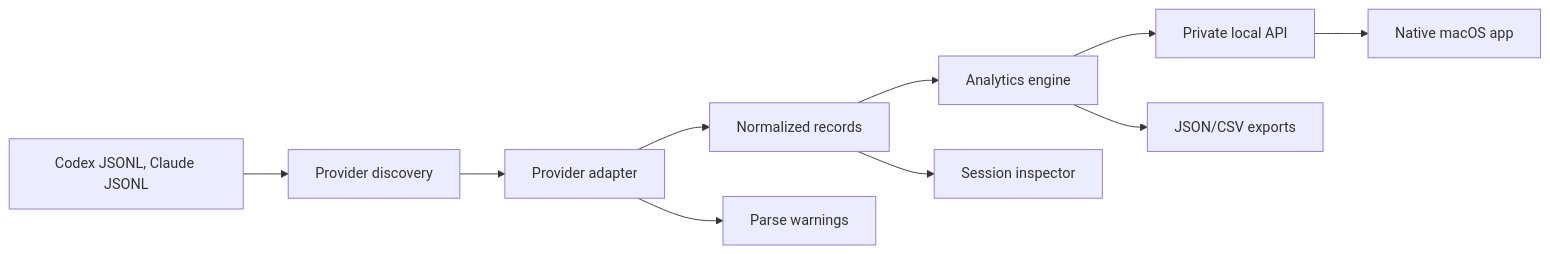
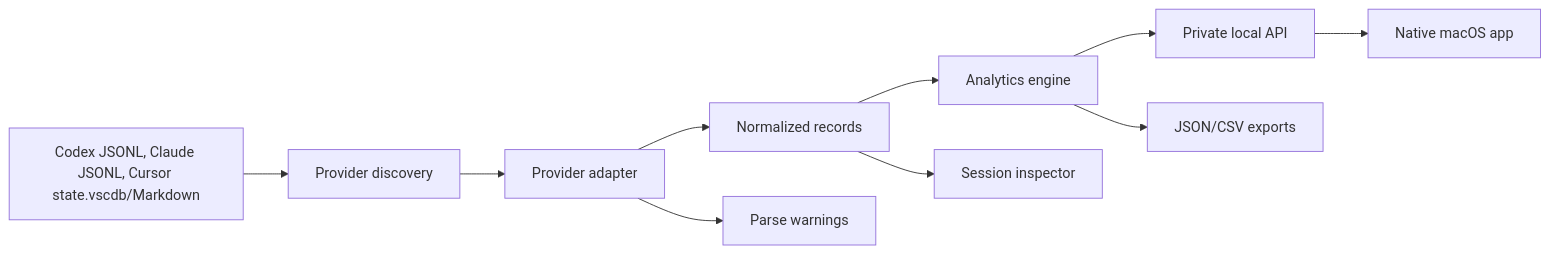
One commit to crispierry/codex-log-viewer changed the diagram in docs/architecture.md. Above: the diagram before and after it, drawn with Mermaid. The commit also changed other lines of this file and 32 other files, not shown here.

First line of the commit message:
Add Cursor provider support

````diff
--- a/docs/architecture.md
+++ b/docs/architecture.md
@@ -33,12 +33,12 @@
 ```mermaid
 flowchart LR
-  A["Codex JSONL, Claude JSONL"] --> B["Provider discovery"]
+  A["Codex JSONL, Claude JSONL, Cursor state.vscdb/Markdown"] --> B["Provider discovery"]
   B --> C["Provider adapter"]
   C --> D["Normalized records"]
   C --> E["Parse warnings"]
   D --> F["Analytics engine"]
   F --> G["Private local API"]
   G --> H["Native macOS app"]
   F --> I["JSON/CSV exports"]
   D --> J["Session inspector"]
 ```
````
